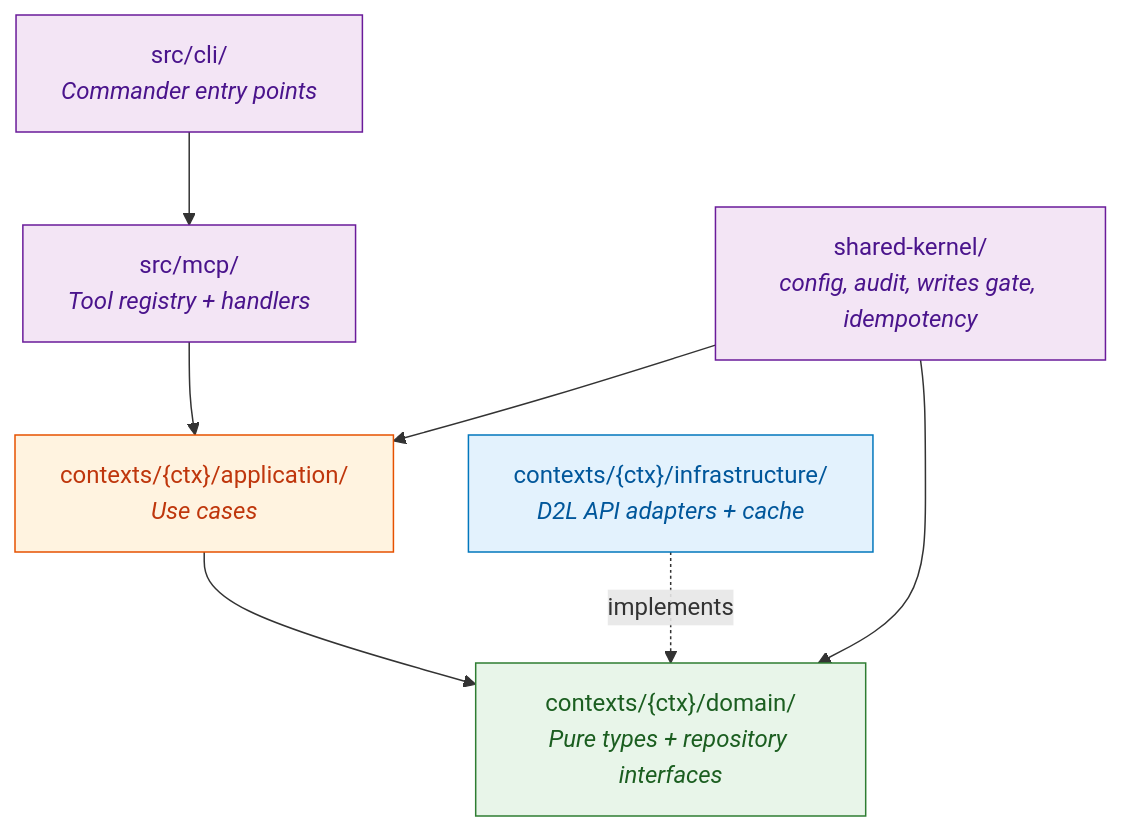
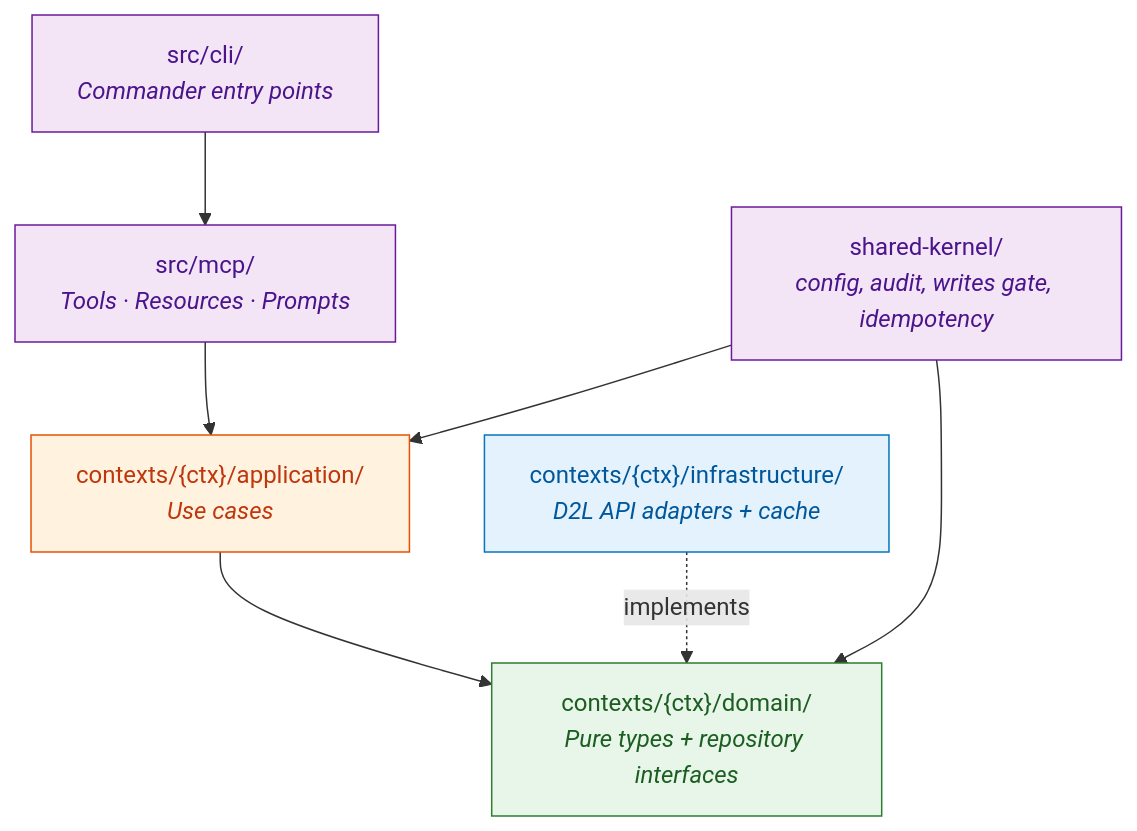
One commit to JhostinAleck/brightspace-mcp changed the diagram in docs/architecture.md. Above: the diagram before and after it, drawn with Mermaid. The commit also changed other lines of this file and 5 other files, not shown here.

Commit message:
docs: update all docs for v0.18-v0.21 (output, resources, prompts, init, ui)

````diff
--- a/docs/architecture.md
+++ b/docs/architecture.md
@@ -7,26 +7,26 @@
 ```mermaid
 flowchart TD
     CLI["src/cli/<br/><i>Commander entry points</i>"]
-    MCP["src/mcp/<br/><i>Tool registry + handlers</i>"]
+    MCP["src/mcp/<br/><i>Tools · Resources · Prompts</i>"]
     APP["contexts/{ctx}/application/<br/><i>Use cases</i>"]
     DOM["contexts/{ctx}/domain/<br/><i>Pure types + repository interfaces</i>"]
     INF["contexts/{ctx}/infrastructure/<br/><i>D2L API adapters + cache</i>"]
     SK["shared-kernel/<br/><i>config, audit, writes gate, idempotency</i>"]
 
     CLI --> MCP
     MCP --> APP
     APP --> DOM
     INF -. implements .-> DOM
     SK --> DOM
     SK --> APP
 
     classDef domain fill:#e8f5e9,stroke:#2e7d32,color:#1b5e20
     classDef app fill:#fff3e0,stroke:#e65100,color:#bf360c
     classDef infra fill:#e3f2fd,stroke:#0277bd,color:#01579b
     classDef edge fill:#f3e5f5,stroke:#6a1b9a,color:#4a148c
 
     class DOM domain
     class APP app
     class INF infra
     class CLI,MCP,SK edge
 ```
````
